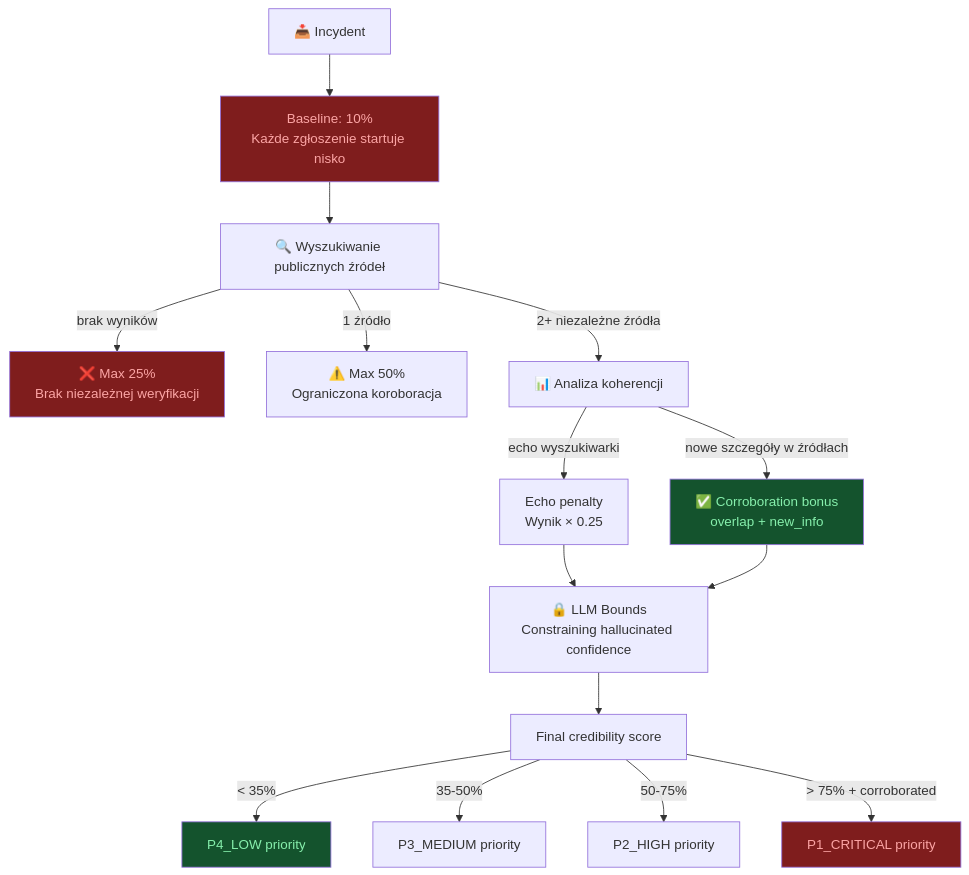
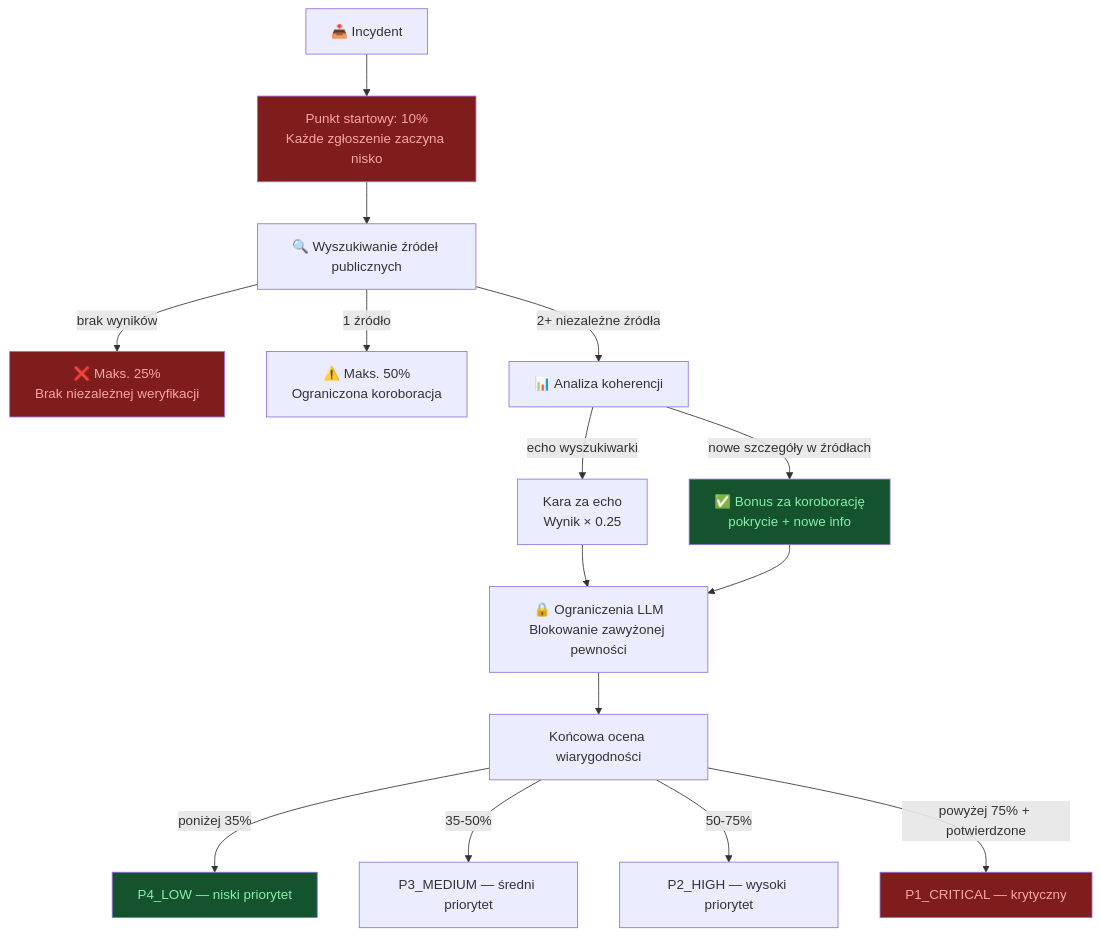
The sixth of 6 diagrams in README.md (a906630/AtosNvidiaHackathon2k26), drawn with Mermaid before and after one commit. The commit also changed other lines of this file, not shown here.

````diff
--- a/README.md
+++ b/README.md
@@ -210,27 +210,27 @@
 ```mermaid
 graph TD
-    INC[📥 Incydent] --> BASE[Baseline: 10%<br/>Każde zgłoszenie startuje nisko]
-    BASE --> SEARCH[🔍 Wyszukiwanie publicznych źródeł]
+    INC[📥 Incydent] --> BASE[Punkt startowy: 10%<br/>Każde zgłoszenie zaczyna nisko]
+    BASE --> SEARCH[🔍 Wyszukiwanie źródeł publicznych]
     
-    SEARCH -->|brak wyników| LOW[❌ Max 25%<br/>Brak niezależnej weryfikacji]
-    SEARCH -->|1 źródło| MED_LOW[⚠️ Max 50%<br/>Ograniczona koroboracja]
+    SEARCH -->|brak wyników| LOW[❌ Maks. 25%<br/>Brak niezależnej weryfikacji]
+    SEARCH -->|1 źródło| MED_LOW[⚠️ Maks. 50%<br/>Ograniczona koroboracja]
     SEARCH -->|2+ niezależne źródła| ANALYZE[📊 Analiza koherencji]
     
-    ANALYZE -->|echo wyszukiwarki| ECHO[Echo penalty<br/>Wynik × 0.25]
-    ANALYZE -->|nowe szczegóły w źródłach| CORR[✅ Corroboration bonus<br/>overlap + new_info]
+    ANALYZE -->|echo wyszukiwarki| ECHO[Kara za echo<br/>Wynik × 0.25]
+    ANALYZE -->|nowe szczegóły w źródłach| CORR[✅ Bonus za koroborację<br/>pokrycie + nowe info]
     
-    ECHO --> BOUNDED[🔒 LLM Bounds<br/>Constraining hallucinated confidence]
+    ECHO --> BOUNDED[🔒 Ograniczenia LLM<br/>Blokowanie zawyżonej pewności]
     CORR --> BOUNDED
     
-    BOUNDED --> FINAL[Final credibility score]
-    FINAL -->|< 35%| P4[P4_LOW priority]
-    FINAL -->|35-50%| P3[P3_MEDIUM priority]
-    FINAL -->|50-75%| P2[P2_HIGH priority]
-    FINAL -->|> 75% + corroborated| P1[P1_CRITICAL priority]
+    BOUNDED --> FINAL[Końcowa ocena wiarygodności]
+    FINAL -->|poniżej 35%| P4[P4_LOW — niski priorytet]
+    FINAL -->|35-50%| P3[P3_MEDIUM — średni priorytet]
+    FINAL -->|50-75%| P2[P2_HIGH — wysoki priorytet]
+    FINAL -->|powyżej 75% + potwierdzone| P1[P1_CRITICAL — krytyczny]
 
     style BASE fill:#7f1d1d,color:#fca5a5
     style LOW fill:#7f1d1d,color:#fca5a5
     style CORR fill:#14532d,color:#86efac
     style P1 fill:#7f1d1d,color:#fca5a5
     style P4 fill:#14532d,color:#86efac
 ```
````
